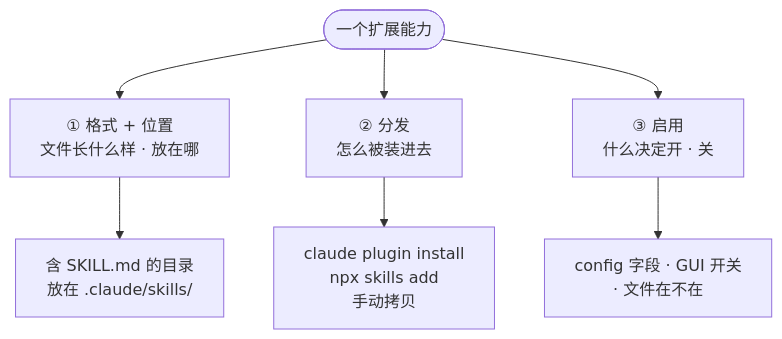
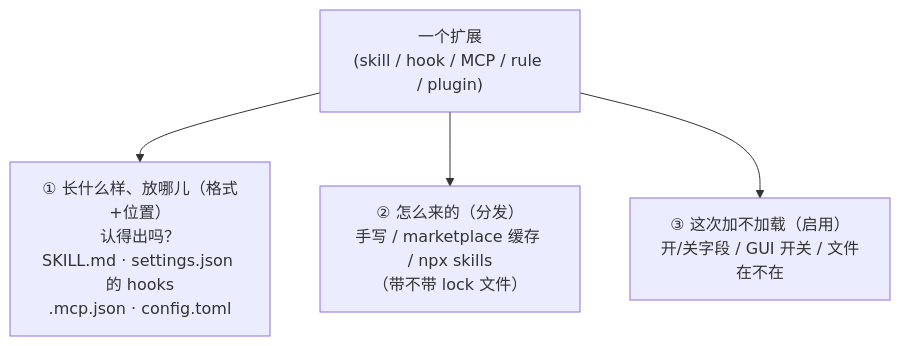
One commit to LLLLLayer/orbita changed the first of 9 diagrams in docs/agent-extension-landscape.zh-CN.md. Above: the diagram before and after it, drawn with Mermaid. The commit also changed other lines of this file and 5 other files, not shown here.

````diff
--- a/docs/agent-extension-landscape.zh-CN.md
+++ b/docs/agent-extension-landscape.zh-CN.md
@@ -11,10 +23,7 @@
 ```mermaid
-flowchart TD
-    C(["一个扩展能力"])
-    C --> F["① 格式 + 位置<br/>文件长什么样 · 放在哪"]
-    C --> D["② 分发<br/>怎么被装进去"]
-    C --> E["③ 启用<br/>什么决定开 · 关"]
-    F --> F1["含 SKILL.md 的目录<br/>放在 .claude/skills/"]
-    D --> D1["claude plugin install<br/>npx skills add<br/>手动拷贝"]
-    E --> E1["config 字段 · GUI 开关<br/>· 文件在不在"]
+flowchart TB
+    EXT["一个扩展<br/>(skill / hook / MCP / rule / plugin)"]
+    EXT --> A["① 长什么样、放哪儿（格式+位置）<br/>认得出吗？<br/>SKILL.md · settings.json 的 hooks<br/>.mcp.json · config.toml"]
+    EXT --> B["② 怎么来的（分发）<br/>手写 / marketplace 缓存 / npx skills<br/>（带不带 lock 文件）"]
+    EXT --> C["③ 这次加不加载（启用）<br/>开/关字段 / GUI 开关 / 文件在不在"]
 ```
````
